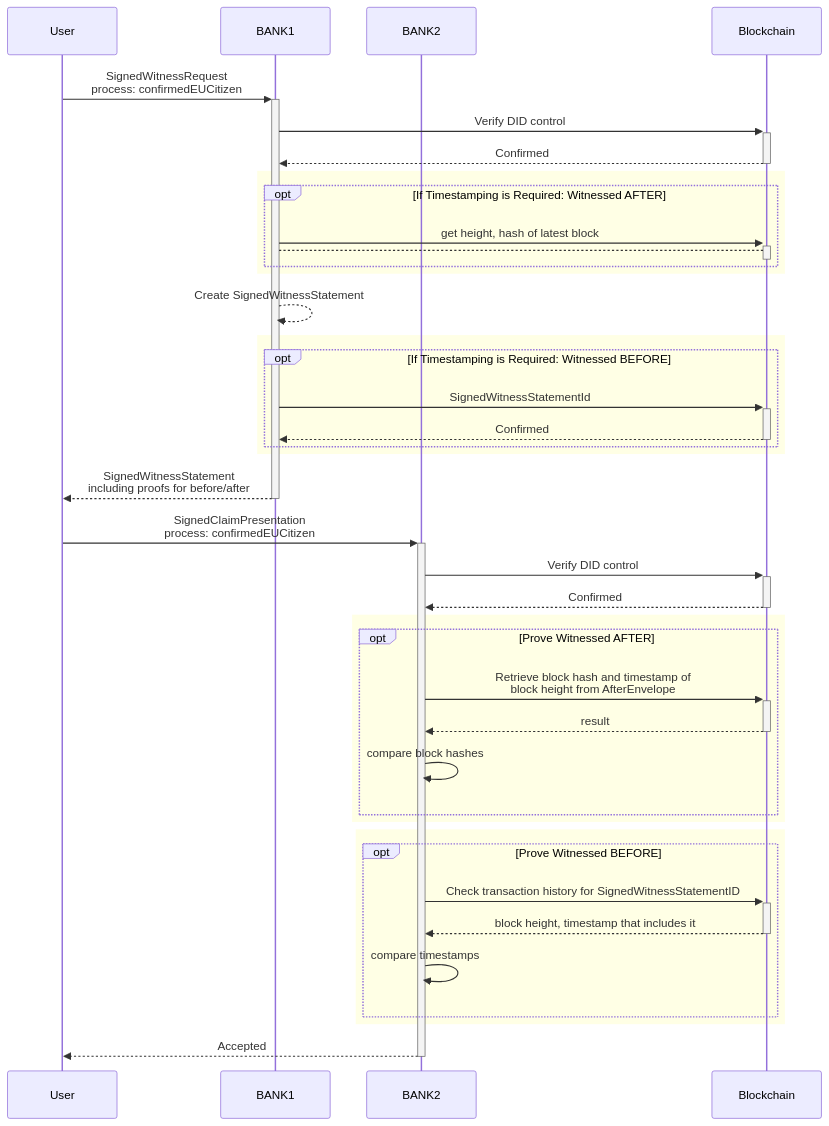
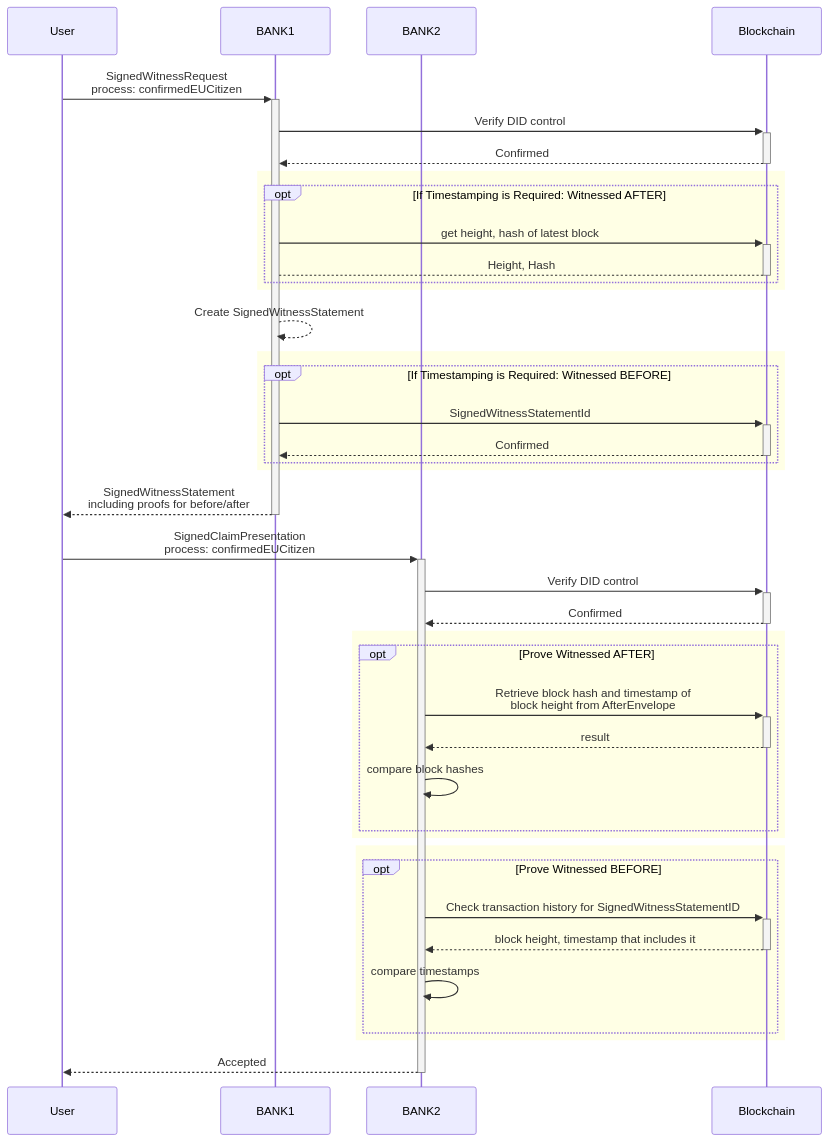
One commit to HydraMeshnet/developer-portal changed the second of 2 diagrams in usecases/id_card.md. Above: the diagram before and after it, drawn with Mermaid. The commit also changed 3 other files, not shown here.

````diff
--- a/usecases/id_card.md
+++ b/usecases/id_card.md
@@ -70,51 +70,51 @@
 ```mermaid
 sequenceDiagram
   participant User
   participant BANK1
   participant BANK2
   participant Blockchain
 
   User ->> +BANK1: SignedWitnessRequest<br/>process: confirmedEUCitizen
   BANK1 ->> +Blockchain: Verify DID control
   Blockchain -->> -BANK1: Confirmed
   rect rgba(255, 255, 0, .1)
   opt If Timestamping is Required: Witnessed AFTER
   BANK1 ->> +Blockchain: get height, hash of latest block
-  Blockchain --> -BANK1:
+  Blockchain --> -BANK1: Height, Hash
   end
   end
 
   BANK1 -->> BANK1: Create SignedWitnessStatement
   
   rect rgba(255, 255, 0, .1)
   opt If Timestamping is Required: Witnessed BEFORE
   BANK1 ->> +Blockchain: SignedWitnessStatementId
   Blockchain -->> -BANK1: Confirmed
   end
   end
   
   BANK1 -->> -User: SignedWitnessStatement<br/>including proofs for before/after
   
   
   
   User ->> +BANK2: SignedClaimPresentation<br>process: confirmedEUCitizen
     BANK2 ->> +Blockchain: Verify DID control
   Blockchain -->> -BANK2: Confirmed
   rect rgba(255, 255, 0, .1)
   opt Prove Witnessed AFTER
   BANK2 ->> +Blockchain: Retrieve block hash and timestamp of<br/>block height from AfterEnvelope
   Blockchain -->> -BANK2: result
   BANK2 ->> BANK2: compare block hashes
   end
   end
   
   rect rgba(255, 255, 0, .1)
   opt Prove Witnessed BEFORE
   BANK2 ->> +Blockchain: Check transaction history for SignedWitnessStatementID
   Blockchain -->> -BANK2: block height, timestamp that includes it
   BANK2 ->> BANK2: compare timestamps
   end
   end
   
   BANK2 -->> -User: Accepted
 ```
````
